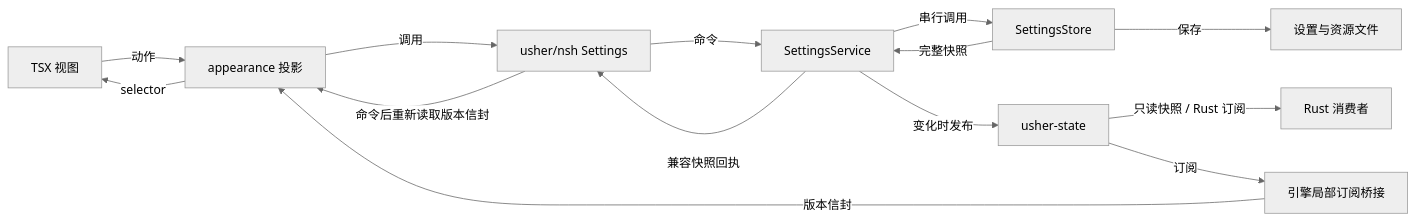
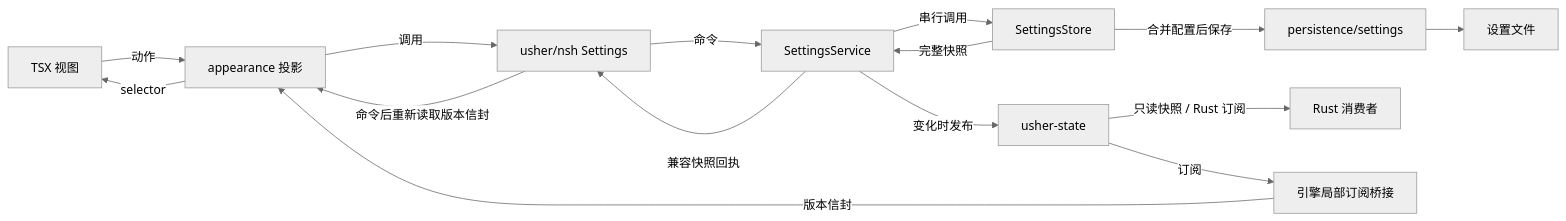
One commit to tianlai10000000/usher-nsh changed the diagram in architecture.md. Above: the diagram before and after it, drawn with Mermaid (neutral theme). The commit also changed other lines of this file and 208 other files, not shown here.

````diff
--- a/architecture.md
+++ b/architecture.md
@@ -41,16 +50,17 @@
 ```mermaid
 flowchart LR
     View[TSX 视图] -->|动作| Projection[appearance 投影]
     Projection -->|调用| Bridge[usher/nsh Settings]
     Bridge -->|命令| Service[SettingsService]
     Service -->|串行调用| Store[SettingsStore]
-    Store -->|保存| Files[设置与资源文件]
+    Store -->|合并配置后保存| Repository[persistence/settings]
+    Repository --> Files[设置文件]
     Store -->|完整快照| Service
     Service -->|变化时发布| State[usher-state]
     State -->|只读快照 / Rust 订阅| Consumers[Rust 消费者]
     Service -->|兼容快照回执| Bridge
     State -->|订阅| Binding[引擎局部订阅桥接]
     Binding -->|版本信封| Projection
     Bridge -->|命令后重新读取版本信封| Projection
     Projection -->|selector| View
 ```
````
